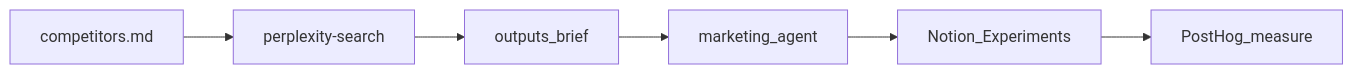
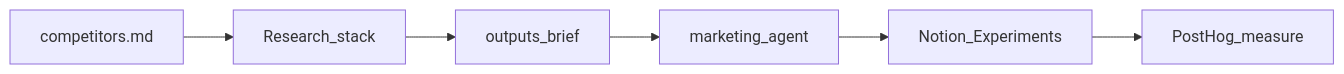
The diagram in .cursor/plans/competitor_intel_loop.plan.md (Rouche01/gostylens-harness), drawn with Mermaid before and after one commit. The commit also changed other lines of this file and 1 other file, not shown here.

Commit message:
Update competitor intel documentation to reflect completed tasks, enhance research methodology with fallback options, and clarify competitor brief structure for improved marketing insights.

````diff
--- a/.cursor/plans/competitor_intel_loop.plan.md
+++ b/.cursor/plans/competitor_intel_loop.plan.md
@@ -51,13 +51,13 @@
 ```mermaid
 flowchart LR
   list[competitors.md]
-  research[perplexity-search]
+  research[Research_stack]
   brief[outputs_brief]
   mkt[marketing_agent]
   notion[Notion_Experiments]
   ph[PostHog_measure]
 
   list --> research --> brief --> mkt
   mkt --> notion
   notion --> ph
 ```
````
